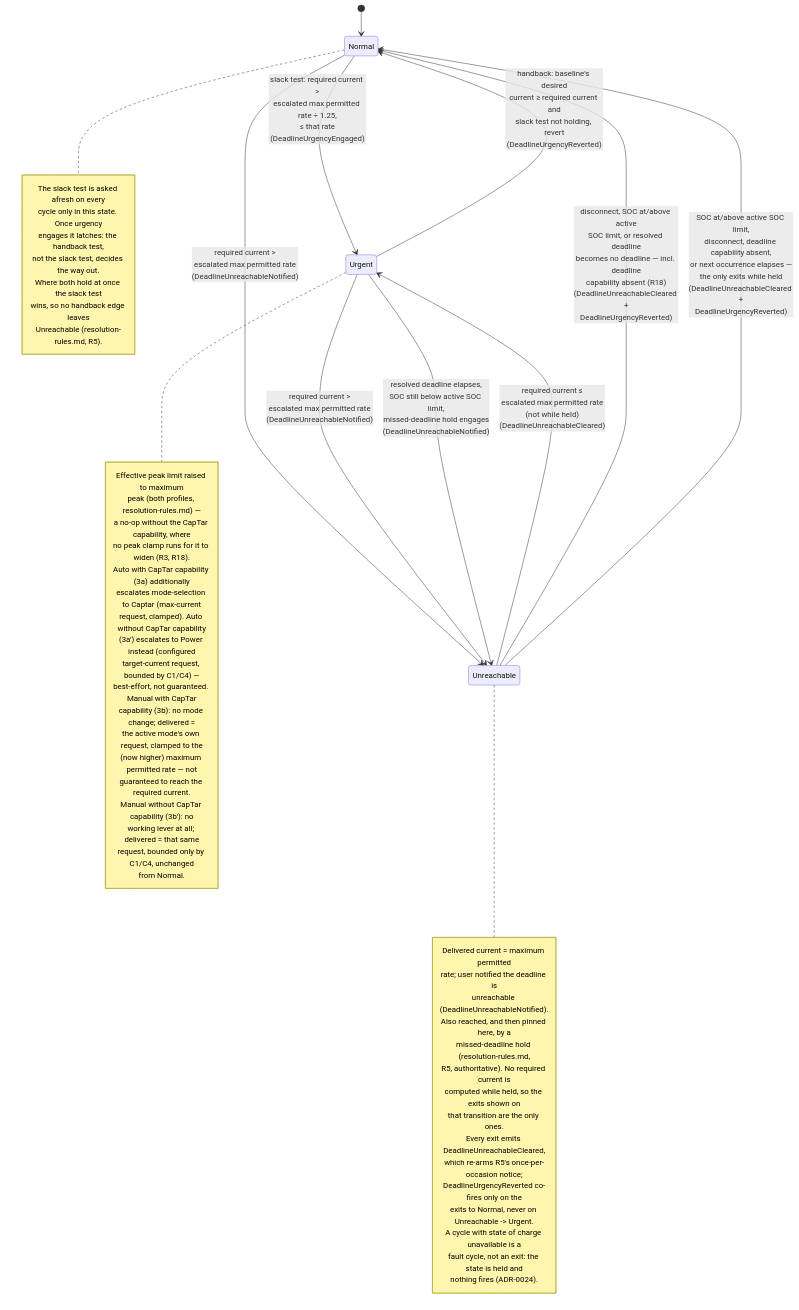
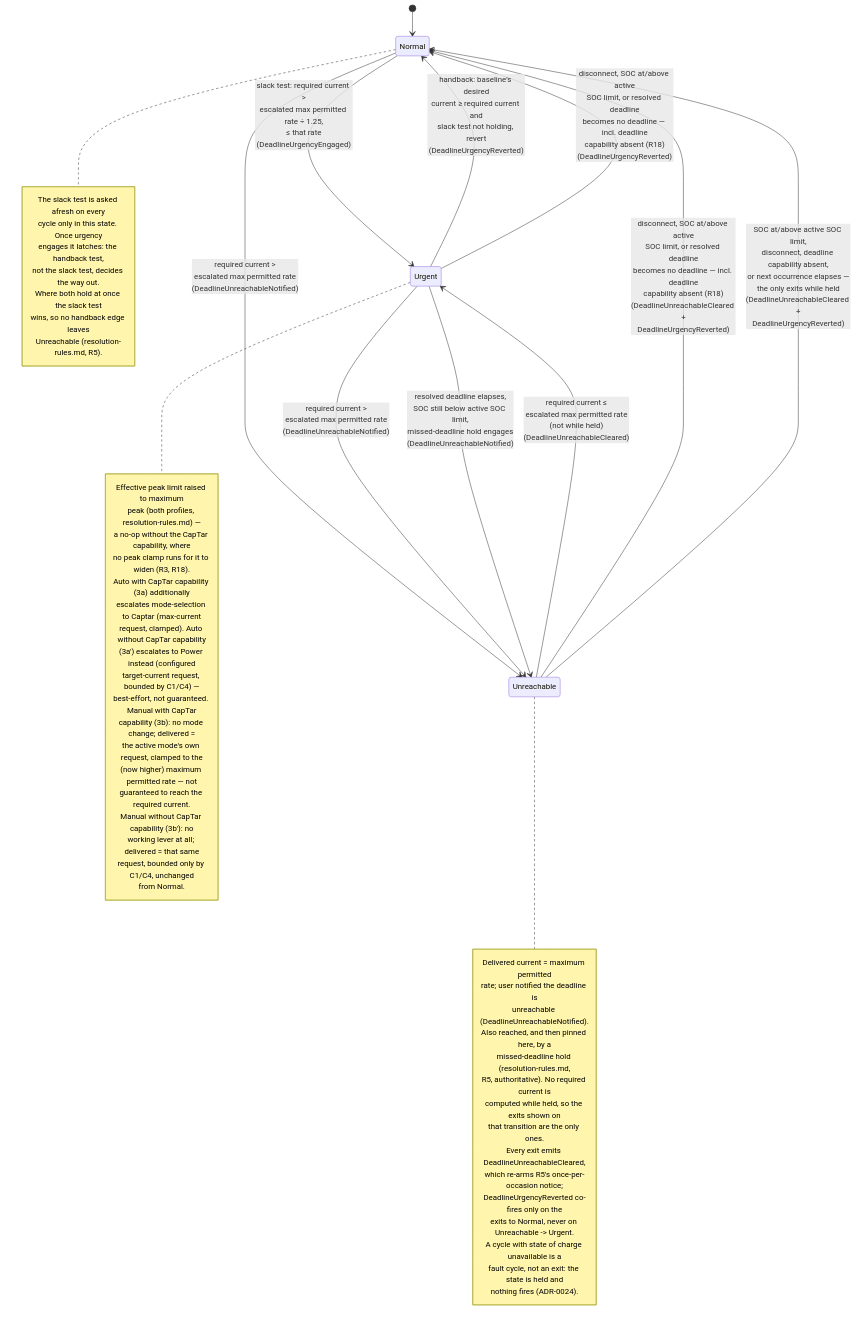
The diagram in docs/analysis/use-cases/UC05-guarantee-ready-by-departure.md (kristofdegrave/homeassistant-smart-charging), drawn with Mermaid before and after one commit. The commit also changed other lines of this file and 3 other files, not shown here.

````diff
--- a/docs/analysis/use-cases/UC05-guarantee-ready-by-departure.md
+++ b/docs/analysis/use-cases/UC05-guarantee-ready-by-departure.md
@@ -111,58 +111,59 @@
 ```mermaid
 stateDiagram-v2
     [*] --> Normal
     Normal --> Urgent: slack test: required current ><br/>escalated max permitted rate ÷ 1.25,<br/>≤ that rate<br/>(DeadlineUrgencyEngaged)
     Normal --> Unreachable: required current ><br/>escalated max permitted rate<br/>(DeadlineUnreachableNotified)
     Urgent --> Normal: handback: baseline's desired<br/>current ≥ required current and<br/>slack test not holding, revert<br/>(DeadlineUrgencyReverted)
     Urgent --> Unreachable: required current ><br/>escalated max permitted rate<br/>(DeadlineUnreachableNotified)
     Urgent --> Unreachable: resolved deadline elapses,<br/>SOC still below active SOC limit,<br/>missed-deadline hold engages<br/>(DeadlineUnreachableNotified)
+    Urgent --> Normal: disconnect, SOC at/above active<br/>SOC limit, or resolved deadline<br/>becomes no deadline — incl. deadline<br/>capability absent (R18)<br/>(DeadlineUrgencyReverted)
     Unreachable --> Urgent: required current ≤<br/>escalated max permitted rate<br/>(not while held)<br/>(DeadlineUnreachableCleared)
     Unreachable --> Normal: disconnect, SOC at/above active<br/>SOC limit, or resolved deadline<br/>becomes no deadline — incl. deadline<br/>capability absent (R18)<br/>(DeadlineUnreachableCleared +<br/>DeadlineUrgencyReverted)
     Unreachable --> Normal: SOC at/above active SOC limit,<br/>disconnect, deadline capability absent,<br/>or next occurrence elapses —<br/>the only exits while held<br/>(DeadlineUnreachableCleared +<br/>DeadlineUrgencyReverted)
     note right of Normal
         The slack test is asked afresh on every
         cycle only in this state. Once urgency
         engages it latches: the handback test,
         not the slack test, decides the way out.
         Where both hold at once the slack test
         wins, so no handback edge leaves
         Unreachable (resolution-rules.md, R5).
     end note
     note right of Urgent
         Effective peak limit raised to maximum
         peak (both profiles, resolution-rules.md) —
         a no-op without the CapTar capability, where
         no peak clamp runs for it to widen (R3, R18).
         Auto with CapTar capability (3a) additionally
         escalates mode-selection to Captar (max-current
         request, clamped). Auto without CapTar capability
         (3a′) escalates to Power instead (configured
         target-current request, bounded by C1/C4) —
         best-effort, not guaranteed. Manual with CapTar
         capability (3b): no mode change; delivered =
         the active mode's own request, clamped to the
         (now higher) maximum permitted rate — not
         guaranteed to reach the required current.
         Manual without CapTar capability (3b′): no
         working lever at all; delivered = that same
         request, bounded only by C1/C4, unchanged
         from Normal.
     end note
     note right of Unreachable
         Delivered current = maximum permitted
         rate; user notified the deadline is
         unreachable (DeadlineUnreachableNotified).
         Also reached, and then pinned here, by a
         missed-deadline hold (resolution-rules.md,
         R5, authoritative). No required current is
         computed while held, so the exits shown on
         that transition are the only ones.
         Every exit emits DeadlineUnreachableCleared,
         which re-arms R5's once-per-occasion notice;
         DeadlineUrgencyReverted co-fires only on the
         exits to Normal, never on Unreachable -> Urgent.
         A cycle with state of charge unavailable is a
         fault cycle, not an exit: the state is held and
         nothing fires (ADR-0024).
     end note
 ```
````
